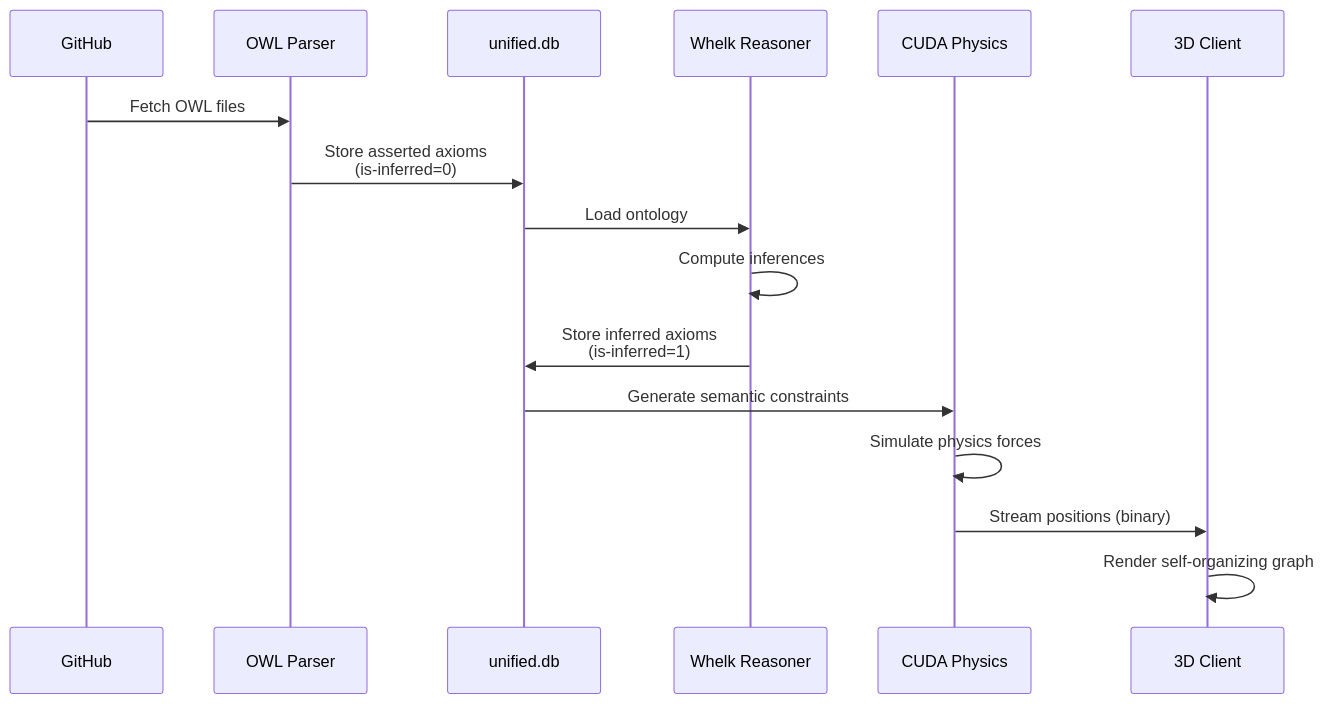
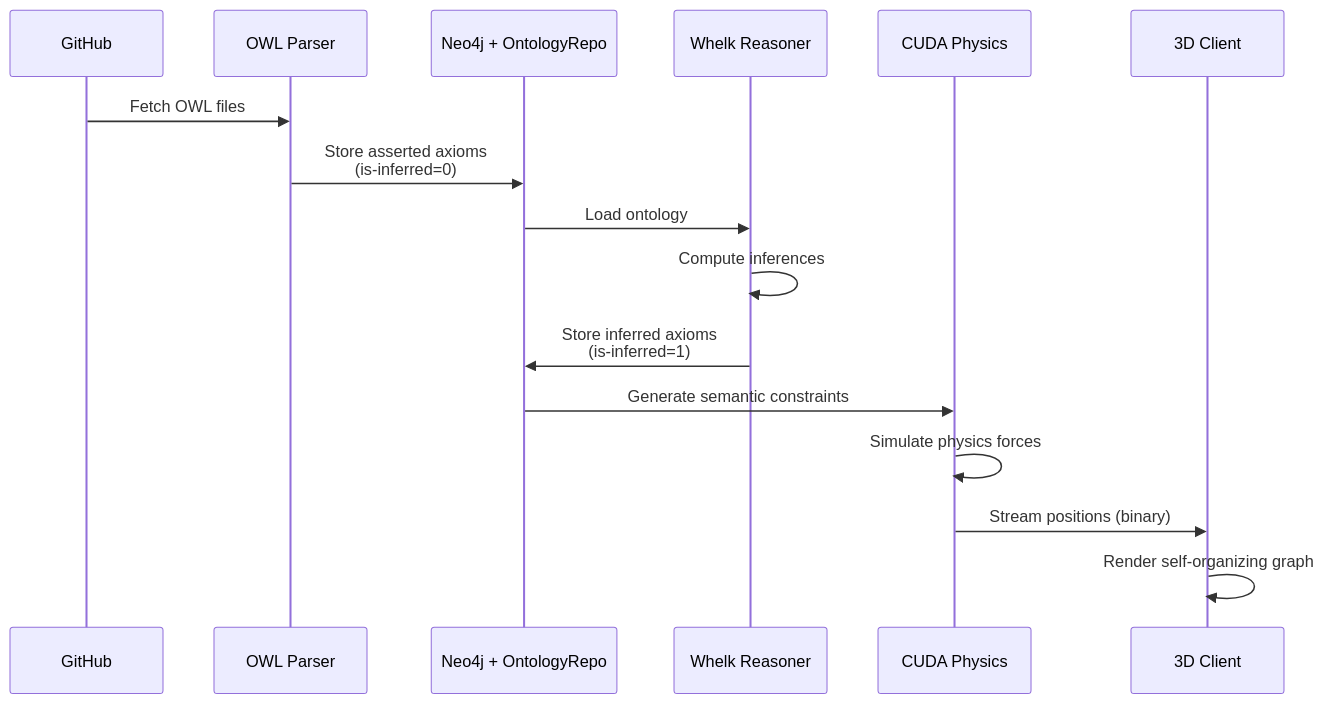
Before and after one commit to DreamLab-AI/VisionFlow: the second of 4 diagrams in docs/explanation/system-overview.md, drawn with Mermaid. The commit also changed other lines of this file and 22 other files, not shown here.

````diff
--- a/docs/explanation/system-overview.md
+++ b/docs/explanation/system-overview.md
@@ -84,19 +86,19 @@
 ```mermaid
 sequenceDiagram
     participant GH as GitHub
     participant Parser as OWL Parser
-    participant DB as unified.db
+    participant DB as Neo4j + OntologyRepo
     participant Whelk as Whelk Reasoner
     participant GPU as CUDA Physics
     participant Client as 3D Client
 
     GH->>Parser: Fetch OWL files
     Parser->>DB: Store asserted axioms<br/>(is-inferred=0)
     DB->>Whelk: Load ontology
     Whelk->>Whelk: Compute inferences
     Whelk->>DB: Store inferred axioms<br/>(is-inferred=1)
     DB->>GPU: Generate semantic constraints
     GPU->>GPU: Simulate physics forces
     GPU->>Client: Stream positions (binary)
     Client->>Client: Render self-organizing graph
 ```
````
